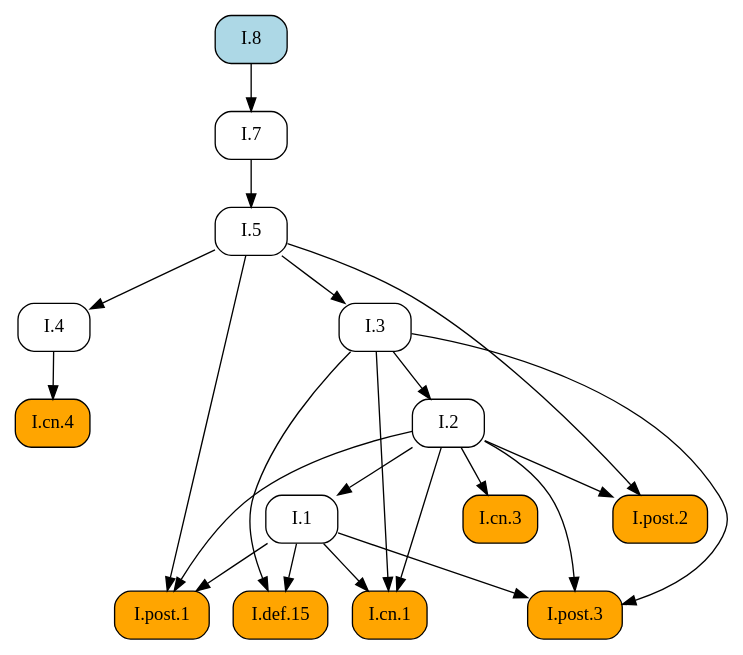
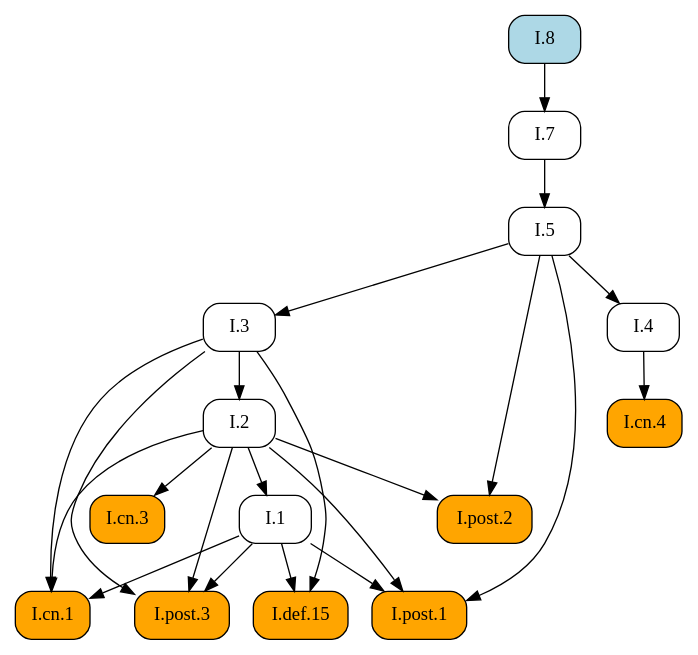
Before and after one commit to geometor/elements: the diagram in docsrc/elements2/I/8/index.rst, drawn with Graphviz. The commit also changed other lines of this file and 409 other files, not shown here.

First line of the commit message:
feat: Add image cropping and graphic extraction script

```diff
--- a/docsrc/elements2/I/8/index.rst
+++ b/docsrc/elements2/I/8/index.rst
@@ -74,41 +74,41 @@
 .. graphviz::
 
    digraph {
      rankdir="TB";
      node [shape=box, style=rounded];
+     "I.def.15" [style="rounded,filled", fillcolor=orange, URL="/elements2/I/def.15/", target="_top"];
+     "I.post.1" [style="rounded,filled", fillcolor=orange, URL="/elements2/I/post.1/", target="_top"];
+     "I.2" [URL="/elements2/I/2/", target="_top"];
+     "I.5" [URL="/elements2/I/5/", target="_top"];
+     "I.post.2" [style="rounded,filled", fillcolor=orange, URL="/elements2/I/post.2/", target="_top"];
+     "I.3" [URL="/elements2/I/3/", target="_top"];
+     "I.post.3" [style="rounded,filled", fillcolor=orange, URL="/elements2/I/post.3/", target="_top"];
      "I.8" [style="rounded,filled", fillcolor=lightblue, URL="/elements2/I/8/", target="_top"];
-     "I.2" [URL="/elements2/I/2/", target="_top"];
+     "I.cn.4" [style="rounded,filled", fillcolor=orange, URL="/elements2/I/cn.4/", target="_top"];
      "I.1" [URL="/elements2/I/1/", target="_top"];
-     "I.cn.4" [style="rounded,filled", fillcolor=orange, URL="/elements2/I/cn.4/", target="_top"];
+     "I.cn.1" [style="rounded,filled", fillcolor=orange, URL="/elements2/I/cn.1/", target="_top"];
+     "I.4" [URL="/elements2/I/4/", target="_top"];
      "I.cn.3" [style="rounded,filled", fillcolor=orange, URL="/elements2/I/cn.3/", target="_top"];
-     "I.def.15" [style="rounded,filled", fillcolor=orange, URL="/elements2/I/def.15/", target="_top"];
-     "I.4" [URL="/elements2/I/4/", target="_top"];
      "I.7" [URL="/elements2/I/7/", target="_top"];
-     "I.post.1" [style="rounded,filled", fillcolor=orange, URL="/elements2/I/post.1/", target="_top"];
-     "I.3" [URL="/elements2/I/3/", target="_top"];
-     "I.post.2" [style="rounded,filled", fillcolor=orange, URL="/elements2/I/post.2/", target="_top"];
-     "I.5" [URL="/elements2/I/5/", target="_top"];
-     "I.cn.1" [style="rounded,filled", fillcolor=orange, URL="/elements2/I/cn.1/", target="_top"];
-     "I.post.3" [style="rounded,filled", fillcolor=orange, URL="/elements2/I/post.3/", target="_top"];
-     "I.3" -> "I.2";
-     "I.2" -> "I.1";
-     "I.4" -> "I.cn.4";
-     "I.2" -> "I.cn.3";
      "I.1" -> "I.def.15";
      "I.3" -> "I.def.15";
-     "I.5" -> "I.4";
-     "I.8" -> "I.7";
      "I.1" -> "I.post.1";
      "I.2" -> "I.post.1";
      "I.5" -> "I.post.1";
-     "I.5" -> "I.3";
+     "I.3" -> "I.2";
+     "I.7" -> "I.5";
      "I.2" -> "I.post.2";
      "I.5" -> "I.post.2";
-     "I.7" -> "I.5";
+     "I.5" -> "I.3";
+     "I.1" -> "I.post.3";
+     "I.2" -> "I.post.3";
+     "I.3" -> "I.post.3";
+     "I.4" -> "I.cn.4";
+     "I.2" -> "I.1";
      "I.1" -> "I.cn.1";
      "I.2" -> "I.cn.1";
      "I.3" -> "I.cn.1";
-     "I.1" -> "I.post.3";
-     "I.2" -> "I.post.3";
-     "I.3" -> "I.post.3";
+     "I.5" -> "I.4";
+     "I.2" -> "I.cn.3";
+     "I.8" -> "I.7";
    }
```
